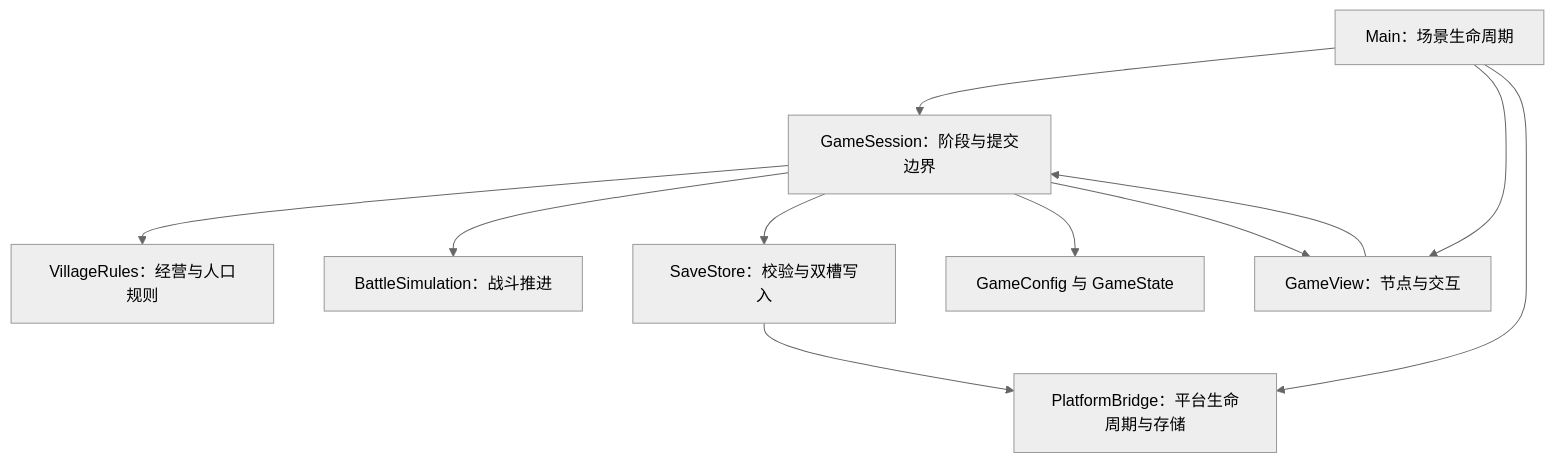
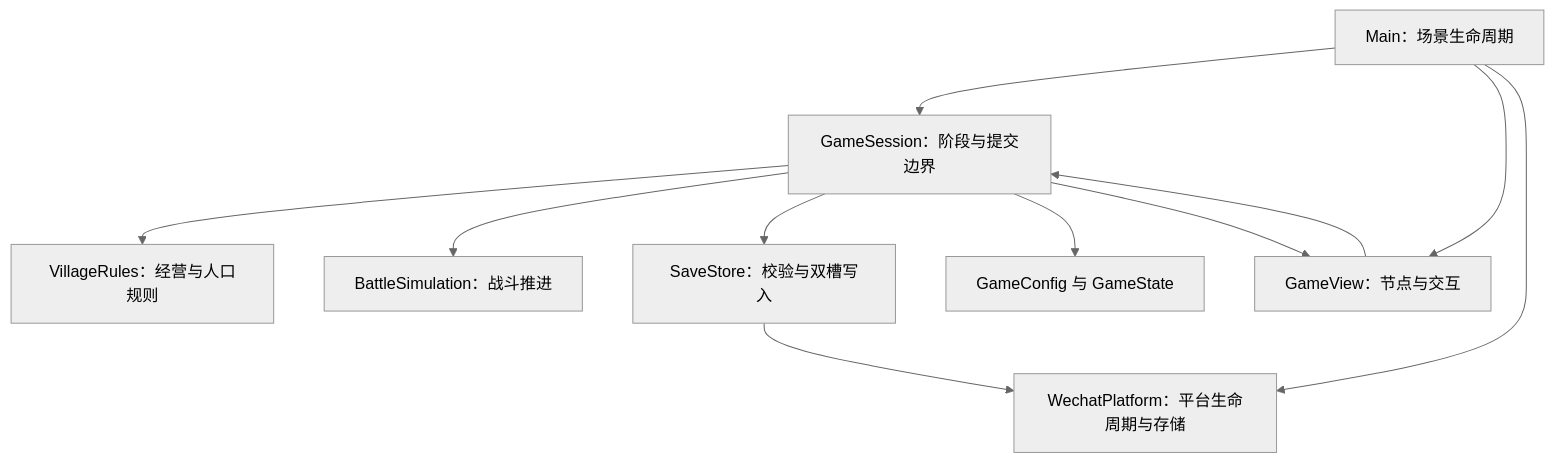
Before and after one commit to Joel20241029/pro: the diagram in doc/design/02_Laya技术设计.md, drawn with Mermaid (neutral theme). The commit also changed other lines of this file and 184 other files, not shown here.

````diff
--- a/doc/design/02_Laya技术设计.md
+++ b/doc/design/02_Laya技术设计.md
@@ -82,13 +82,13 @@
 ```mermaid
 flowchart TD
     A["Main：场景生命周期"] --> B["GameSession：阶段与提交边界"]
     A --> C["GameView：节点与交互"]
     B --> D["VillageRules：经营与人口规则"]
     B --> E["BattleSimulation：战斗推进"]
     B --> F["SaveStore：校验与双槽写入"]
     B --> G["GameConfig 与 GameState"]
     C --> B
     B --> C
-    A --> H["PlatformBridge：平台生命周期与存储"]
+    A --> H["WechatPlatform：平台生命周期与存储"]
     F --> H
 ```
````
